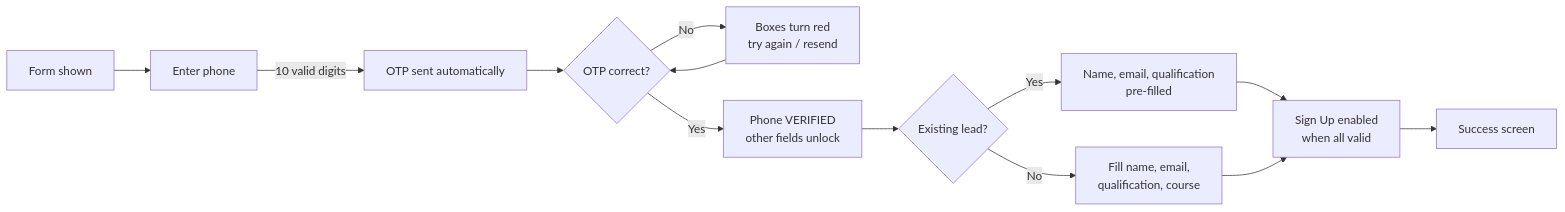
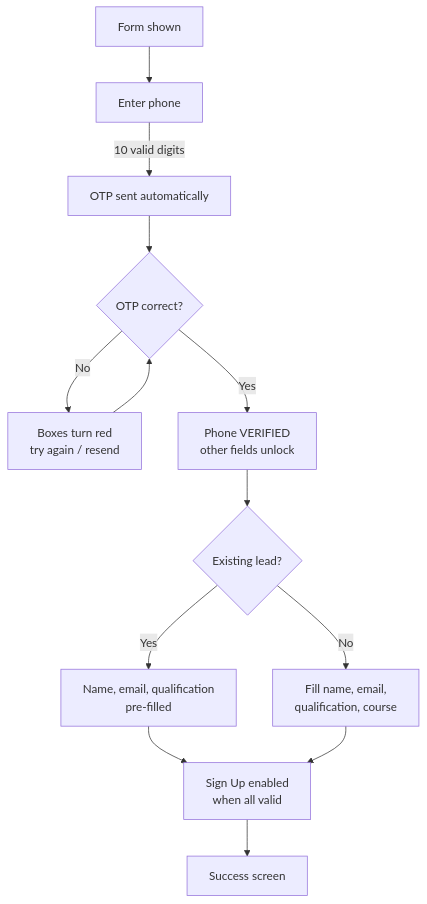
Before and after one commit to abhinavthak/dypatil-lead-form: the first of 2 diagrams in docs/PRD.md, drawn with Mermaid. The commit also changed other lines of this file, not shown here.

Commit message:
PRD: fix header line break, vertical form-flow chart

````diff
--- a/docs/PRD.md
+++ b/docs/PRD.md
@@ -46,15 +46,15 @@
 ```mermaid
-flowchart LR
+flowchart TD
     A[Form shown] --> B[Enter phone]
     B -->|10 valid digits| C[OTP sent automatically]
     C --> D{OTP correct?}
     D -->|No| E[Boxes turn red<br/>try again / resend]
     E --> D
     D -->|Yes| F[Phone VERIFIED<br/>other fields unlock]
     F --> G{Existing lead?}
     G -->|Yes| H[Name, email, qualification<br/>pre-filled]
     G -->|No| I[Fill name, email,<br/>qualification, course]
     H --> J[Sign Up enabled<br/>when all valid]
     I --> J
     J --> K[Success screen]
 ```
````
